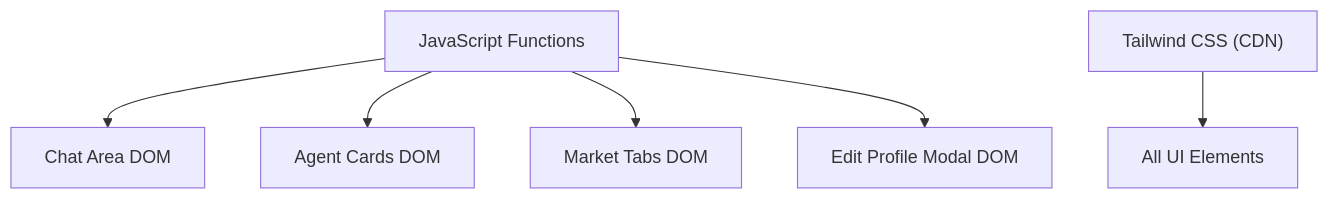
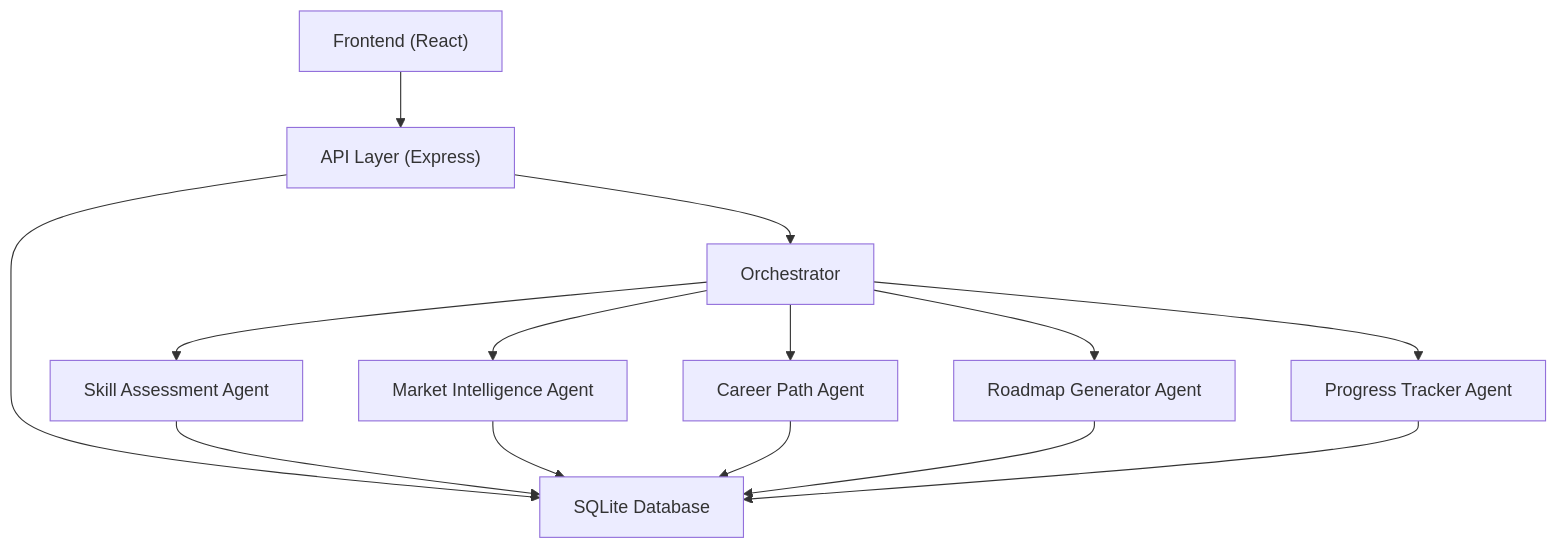
Before and after one commit to Alishba-Moin/CareerCompass: the ninth of 9 diagrams in .qoder/repowiki/en/content/Core Features/Core Features.md, drawn with Mermaid. The commit also changed other lines of this file and 38 other files, not shown here.

Commit message:
Add Roadmap pdf download option

````diff
--- a/.qoder/repowiki/en/content/Core Features/Core Features.md
+++ b/.qoder/repowiki/en/content/Core Features/Core Features.md
@@ -262,8 +310,16 @@
 ```mermaid
 graph TB
-JS["JavaScript Functions"] --> CHAT["Chat Area DOM"]
-JS --> PIPELINE["Agent Cards DOM"]
-JS --> MARKET["Market Tabs DOM"]
-JS --> MODAL["Edit Profile Modal DOM"]
-STYLE["Tailwind CSS (CDN)"] --> UI["All UI Elements"]
+FE["Frontend (React)"] --> API["API Layer (Express)"]
+API --> ORCH["Orchestrator"]
+API --> DB["SQLite Database"]
+ORCH --> SA["Skill Assessment Agent"]
+ORCH --> MA["Market Intelligence Agent"]
+ORCH --> CPA["Career Path Agent"]
+ORCH --> RGA["Roadmap Generator Agent"]
+ORCH --> PTA["Progress Tracker Agent"]
+SA --> DB
+MA --> DB
+CPA --> DB
+RGA --> DB
+PTA --> DB
 ```
````
